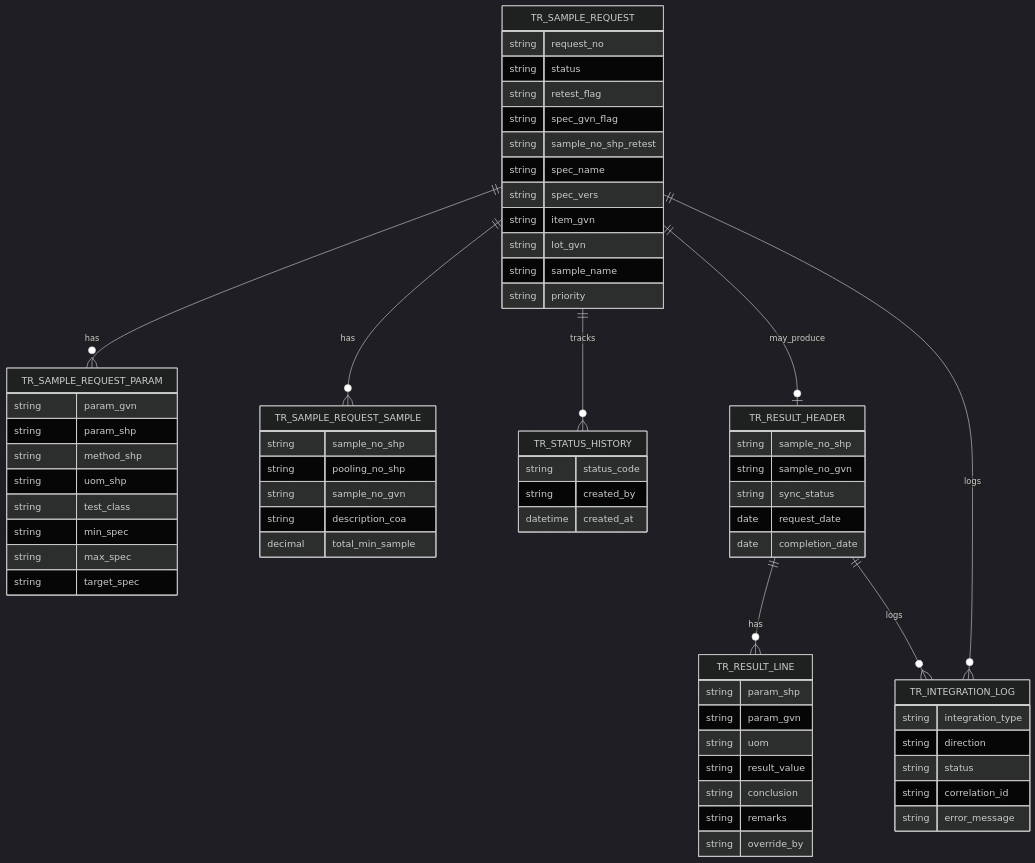
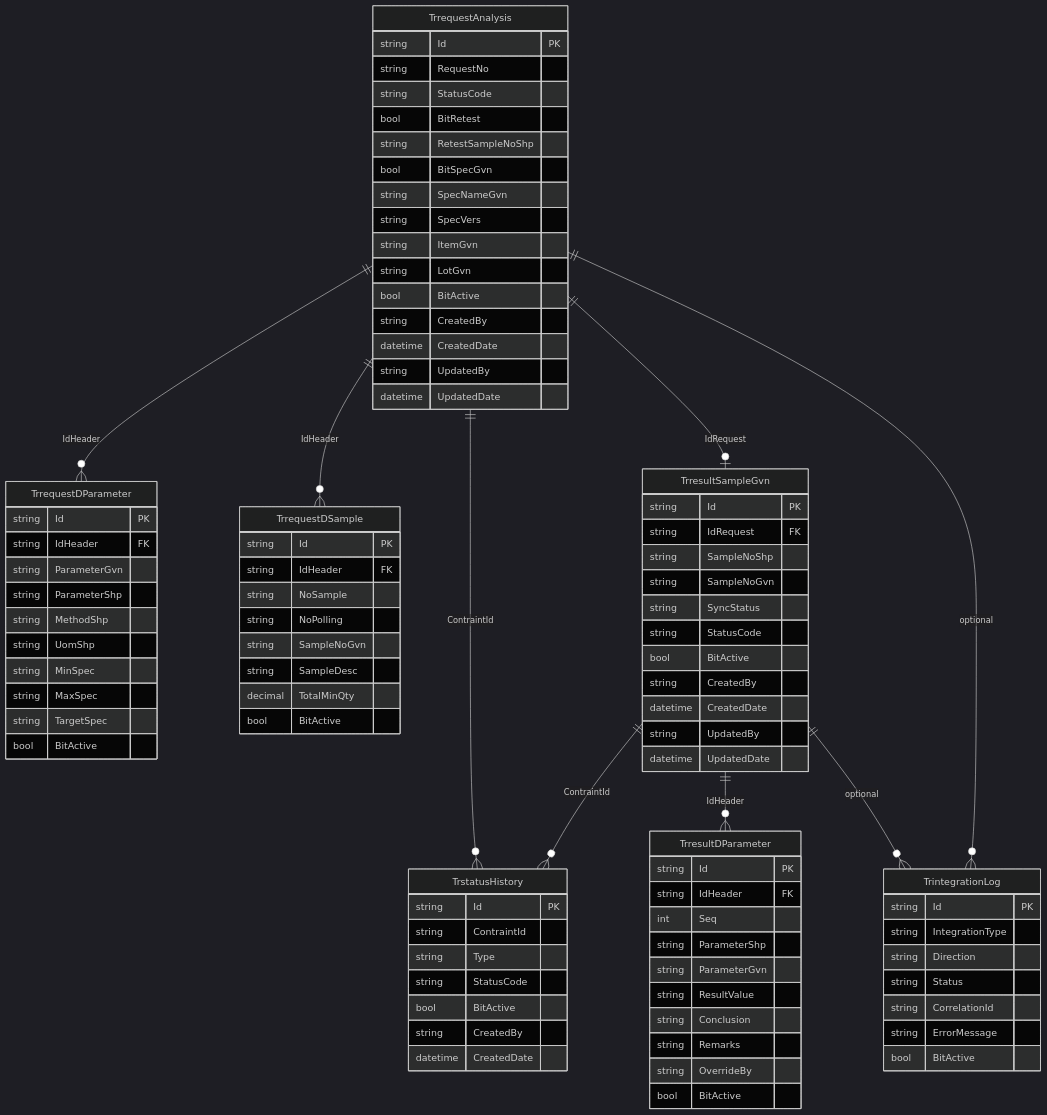
The third of 3 diagrams in modules/sample-result-gvn-shp/source/FSD_Sample_Result_GVN_SHP_v1.0.md (Agengkurnia/FSD-Generator-Engine), drawn with Mermaid (dark theme) before and after one commit. The commit also changed other lines of this file and 11 other files, not shown here.

````diff
--- a/modules/sample-result-gvn-shp/source/FSD_Sample_Result_GVN_SHP_v1.0.md
+++ b/modules/sample-result-gvn-shp/source/FSD_Sample_Result_GVN_SHP_v1.0.md
@@ -657,69 +807,94 @@
 ```mermaid
 erDiagram
-    TR_SAMPLE_REQUEST ||--o{ TR_SAMPLE_REQUEST_PARAM : has
-    TR_SAMPLE_REQUEST ||--o{ TR_SAMPLE_REQUEST_SAMPLE : has
-    TR_SAMPLE_REQUEST ||--o{ TR_STATUS_HISTORY : tracks
-    TR_SAMPLE_REQUEST ||--o| TR_RESULT_HEADER : may_produce
-    TR_RESULT_HEADER ||--o{ TR_RESULT_LINE : has
-    TR_SAMPLE_REQUEST ||--o{ TR_INTEGRATION_LOG : logs
-    TR_RESULT_HEADER ||--o{ TR_INTEGRATION_LOG : logs
+    TrrequestAnalysis ||--o{ TrrequestDParameter : IdHeader
+    TrrequestAnalysis ||--o{ TrrequestDSample : IdHeader
+    TrrequestAnalysis ||--o{ TrstatusHistory : ContraintId
+    TrrequestAnalysis ||--o| TrresultSampleGvn : IdRequest
+    TrresultSampleGvn ||--o{ TrresultDParameter : IdHeader
+    TrresultSampleGvn ||--o{ TrstatusHistory : ContraintId
+    TrresultSampleGvn ||--o{ TrintegrationLog : optional
+    TrrequestAnalysis ||--o{ TrintegrationLog : optional
 
-    TR_SAMPLE_REQUEST {
-        string request_no
-        string status
-        string retest_flag
-        string spec_gvn_flag
-        string sample_no_shp_retest
-        string spec_name
-        string spec_vers
-        string item_gvn
-        string lot_gvn
-        string sample_name
-        string priority
+    TrrequestAnalysis {
+        string Id PK
+        string RequestNo
+        string StatusCode
+        bool BitRetest
+        string RetestSampleNoShp
+        bool BitSpecGvn
+        string SpecNameGvn
+        string SpecVers
+        string ItemGvn
+        string LotGvn
+        bool BitActive
+        string CreatedBy
+        datetime CreatedDate
+        string UpdatedBy
+        datetime UpdatedDate
     }
-    TR_SAMPLE_REQUEST_PARAM {
-        string param_gvn
-        string param_shp
-        string method_shp
-        string uom_shp
-        string test_class
-        string min_spec
-        string max_spec
-        string target_spec
+    TrrequestDParameter {
+        string Id PK
+        string IdHeader FK
+        string ParameterGvn
+        string ParameterShp
+        string MethodShp
+        string UomShp
+        string MinSpec
+        string MaxSpec
+        string TargetSpec
+        bool BitActive
     }
-    TR_SAMPLE_REQUEST_SAMPLE {
-        string sample_no_shp
-        string pooling_no_shp
-        string sample_no_gvn
-        string description_coa
-        decimal total_min_sample
+    TrrequestDSample {
+        string Id PK
+        string IdHeader FK
+        string NoSample
+        string NoPolling
+        string SampleNoGvn
+        string SampleDesc
+        decimal TotalMinQty
+        bool BitActive
     }
-    TR_RESULT_HEADER {
-        string sample_no_shp
-        string sample_no_gvn
-        string sync_status
-        date request_date
-        date completion_date
+    TrresultSampleGvn {
+        string Id PK
+        string IdRequest FK
+        string SampleNoShp
+        string SampleNoGvn
+        string SyncStatus
+        string StatusCode
+        bool BitActive
+        string CreatedBy
+        datetime CreatedDate
+        string UpdatedBy
+        datetime UpdatedDate
     }
-    TR_RESULT_LINE {
-        string param_shp
-        string param_gvn
-        string uom
-        string result_value
-        string conclusion
-        string remarks
-        string override_by
+    TrresultDParameter {
+        string Id PK
+        string IdHeader FK
+        int Seq
+        string ParameterShp
+        string ParameterGvn
+        string ResultValue
+        string Conclusion
+        string Remarks
+        string OverrideBy
+        bool BitActive
     }
-    TR_INTEGRATION_LOG {
-        string integration_type
-        string direction
-        string status
-        string correlation_id
-        string error_message
+    TrstatusHistory {
+        string Id PK
+        string ContraintId
+        string Type
+        string StatusCode
+        bool BitActive
+        string CreatedBy
+        datetime CreatedDate
     }
-    TR_STATUS_HISTORY {
-        string status_code
-        string created_by
-        datetime created_at
+    TrintegrationLog {
+        string Id PK
+        string IntegrationType
+        string Direction
+        string Status
+        string CorrelationId
+        string ErrorMessage
+        bool BitActive
     }
 ```
````
